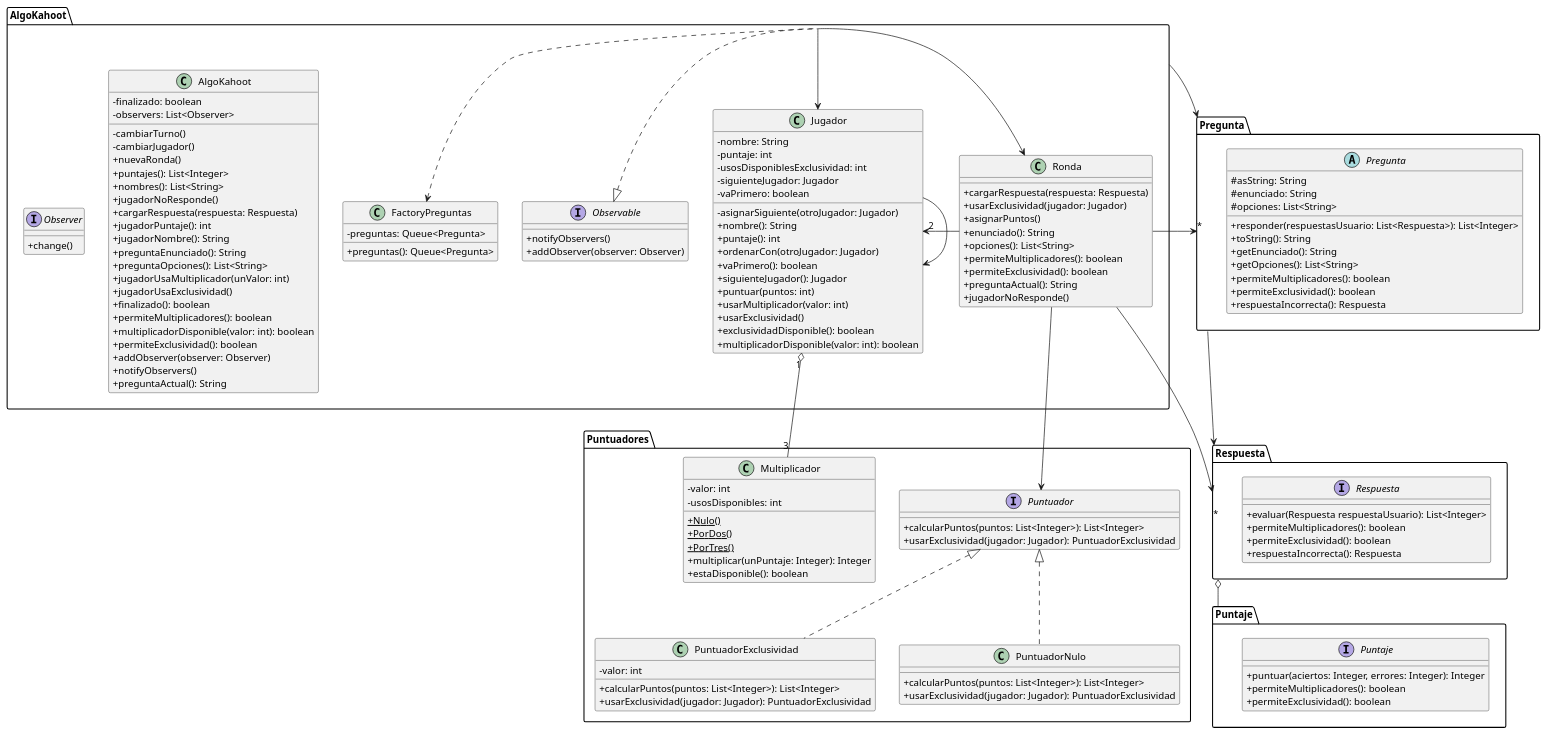
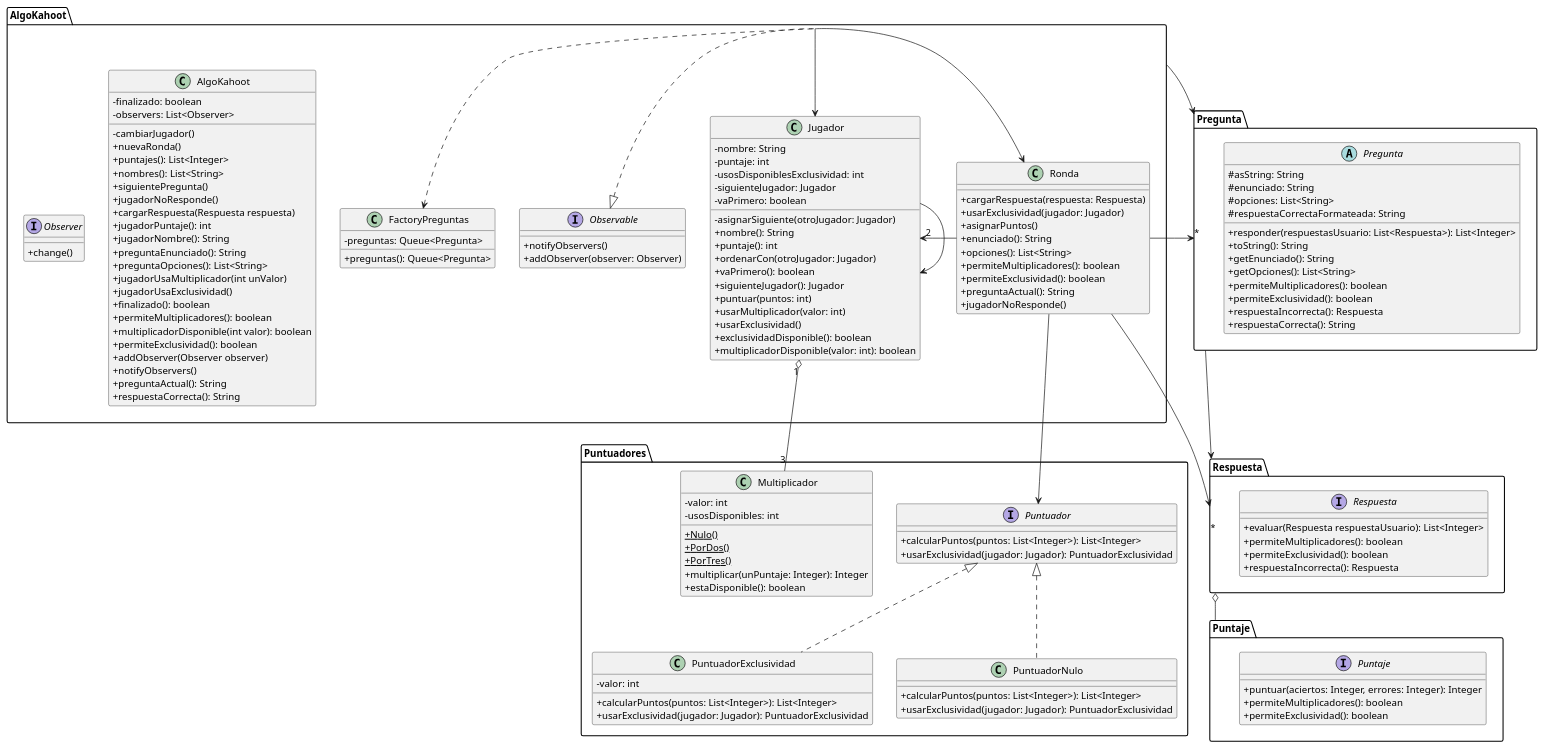
One commit to gcc-cdimatteo/Algoritmos-y-Programacion-III-75.07 changed the diagram in Documentacion/Diagramas de Clases/Diagrama de Clases General.puml. Above: the diagram before and after it, drawn with PlantUML. The commit also changed 2 other files, not shown here.

Commit message:
uml: update

```diff
--- a/Documentacion/Diagramas de Clases/Diagrama de Clases General.puml
+++ b/Documentacion/Diagramas de Clases/Diagrama de Clases General.puml
@@ -1,170 +1,173 @@
 @startuml
 skinparam classAttributeIconSize 0
 
 package AlgoKahoot {
     class AlgoKahoot {
     - finalizado: boolean
     - observers: List<Observer>
-    - cambiarTurno()
     - cambiarJugador()
     + nuevaRonda()
     + puntajes(): List<Integer>
     + nombres(): List<String>
+    + siguientePregunta()
     + jugadorNoResponde()
-    + cargarRespuesta(respuesta: Respuesta)
+    + cargarRespuesta(Respuesta respuesta)
     + jugadorPuntaje(): int
     + jugadorNombre(): String
     + preguntaEnunciado(): String
     + preguntaOpciones(): List<String>
-    + jugadorUsaMultiplicador(unValor: int)
+    + jugadorUsaMultiplicador(int unValor)
     + jugadorUsaExclusividad()
     + finalizado(): boolean
     + permiteMultiplicadores(): boolean
-    + multiplicadorDisponible(valor: int): boolean
+    + multiplicadorDisponible(int valor): boolean
     + permiteExclusividad(): boolean
-    + addObserver(observer: Observer)
+    + addObserver(Observer observer)
     + notifyObservers()
     + preguntaActual(): String
+    + respuestaCorrecta(): String
     }
     class Jugador {
         - nombre: String
         - puntaje: int
         - usosDisponiblesExclusividad: int
         - siguienteJugador: Jugador
         - vaPrimero: boolean
         - asignarSiguiente(otroJugador: Jugador)
         + nombre(): String
         + puntaje(): int
         + ordenarCon(otroJugador: Jugador)
         + vaPrimero(): boolean
         + siguienteJugador(): Jugador
         + puntuar(puntos: int)
         + usarMultiplicador(valor: int)
         + usarExclusividad()
         + exclusividadDisponible(): boolean
         + multiplicadorDisponible(valor: int): boolean
     }
     class Ronda {
         + cargarRespuesta(respuesta: Respuesta)
         + usarExclusividad(jugador: Jugador)
         + asignarPuntos()
         + enunciado(): String
         + opciones(): List<String>
         + permiteMultiplicadores(): boolean
         + permiteExclusividad(): boolean
         + preguntaActual(): String
         + jugadorNoResponde()
     }
     class FactoryPreguntas {
         - preguntas: Queue<Pregunta>
         + preguntas(): Queue<Pregunta>
         /'
         - obtenerEnunciado(pregunta: JSONObject): String
         - obtenerRespuestaVF(pregunta: JSONObject): boolean
         - generarPreguntaVerdaderoFalsoClasico(pregunta: JSONObject): Pregunta
         - generarPreguntaVerdaderoFalsoPenalidad(pregunta: JSONObject): Pregunta
         - obtenerRespuestasMC(pregunta: JSONObject): Set<Integer>
         - generarPreguntaMultipleChoicePenalidad(pregunta: JSONObject): Pregunta
         - generarPreguntaMultipleChoiceParcial(pregunta: JSONObject): Pregunta
         - generarPreguntaMultipleChoiceClasico(pregunta: JSONObject): Pregunta
         - generarPreguntaGroupChoice(pregunta: JSONObject): PreguntaGroupChoice
         - generarPreguntaOrderedChoice(pregunta: JSONObject): PreguntaOrderedChoice
         '/
     }
     interface Observable {
         + notifyObservers()
         + addObserver(observer: Observer)
     }
     interface Observer {
         + change()
     }
 }
 
 package Pregunta {
     abstract class Pregunta {
         # asString: String
         # enunciado: String
         # opciones: List<String>
+        # respuestaCorrectaFormateada: String
         + responder(respuestasUsuario: List<Respuesta>): List<Integer>
         + toString(): String
         + getEnunciado(): String
         + getOpciones(): List<String>
         + permiteMultiplicadores(): boolean
         + permiteExclusividad(): boolean
         + respuestaIncorrecta(): Respuesta
+        + respuestaCorrecta(): String
     }
 }
 
 package Puntaje {
     interface Puntaje {
         + puntuar(aciertos: Integer, errores: Integer): Integer
         + permiteMultiplicadores(): boolean
         + permiteExclusividad(): boolean
     }
 }
 
 package Puntuadores {
     class Multiplicador {
         - valor: int
         - usosDisponibles: int
         + {static} Nulo()
         + {static} PorDos()
         + {static} PorTres()
         + multiplicar(unPuntaje: Integer): Integer
         + estaDisponible(): boolean
     }
     interface Puntuador {
         + calcularPuntos(puntos: List<Integer>): List<Integer>
         + usarExclusividad(jugador: Jugador): PuntuadorExclusividad
     }
     class PuntuadorExclusividad {
         - valor: int
         + calcularPuntos(puntos: List<Integer>): List<Integer>
         + usarExclusividad(jugador: Jugador): PuntuadorExclusividad
     }
     class PuntuadorNulo {
         + calcularPuntos(puntos: List<Integer>): List<Integer>
         + usarExclusividad(jugador: Jugador): PuntuadorExclusividad
     }
 }
 
 package Respuesta {
     interface Respuesta {
         + evaluar(Respuesta respuestaUsuario): List<Integer>
         + permiteMultiplicadores(): boolean
         + permiteExclusividad(): boolean
         + respuestaIncorrecta(): Respuesta
     }
 }
 
 'Ordenamiento De Cuadrados
 
 'Herencia --|> cumple la relación 'es un'
 
 'Asociacion --> un objeto guarda a otro
 Pregunta --> Respuesta
 Ronda -left-> "*" Pregunta
 Ronda -down-> Puntuador
 Ronda --> "*" Respuesta
 Ronda -right-> "2" Jugador
 AlgoKahoot --> Pregunta
 AlgoKahoot -down-> Ronda
 AlgoKahoot -down-> Jugador
 Jugador --> Jugador
 
 'Agregacion --o un objeto esta compuesto por otro pero no lo necesita para vivir
 Jugador "1" o-- "3" Multiplicador
 Respuesta o-- Puntaje
 
 'Composicion --* un objeto es dueño de otro
 
 'Dependencia ..> un objeto utiliza a otro porque lo recibe/devuelve
 AlgoKahoot .up.> FactoryPreguntas
 
 'Interfaces ..|> colección de declaraciones de métodos sin implemetnar
 PuntuadorExclusividad .up.|> Puntuador
 PuntuadorNulo .up.|> Puntuador
 AlgoKahoot .left.|> Observable
 
 
 @enduml
```
